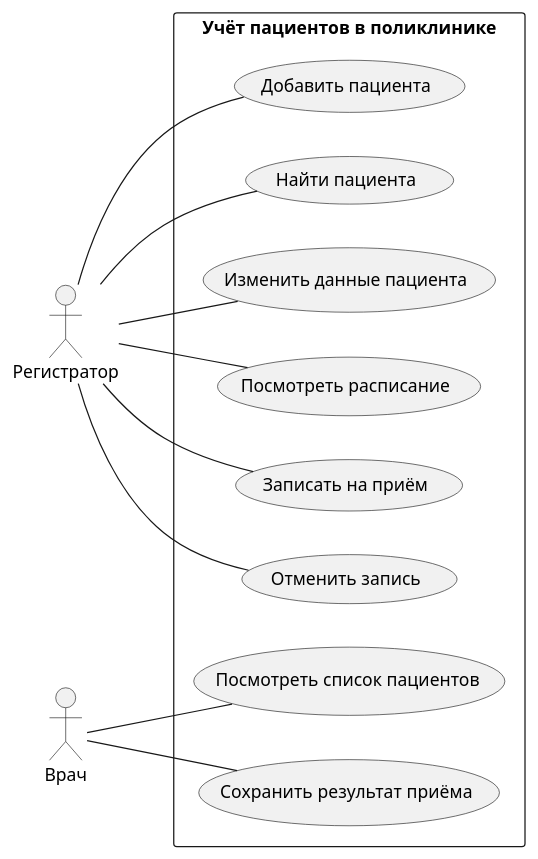
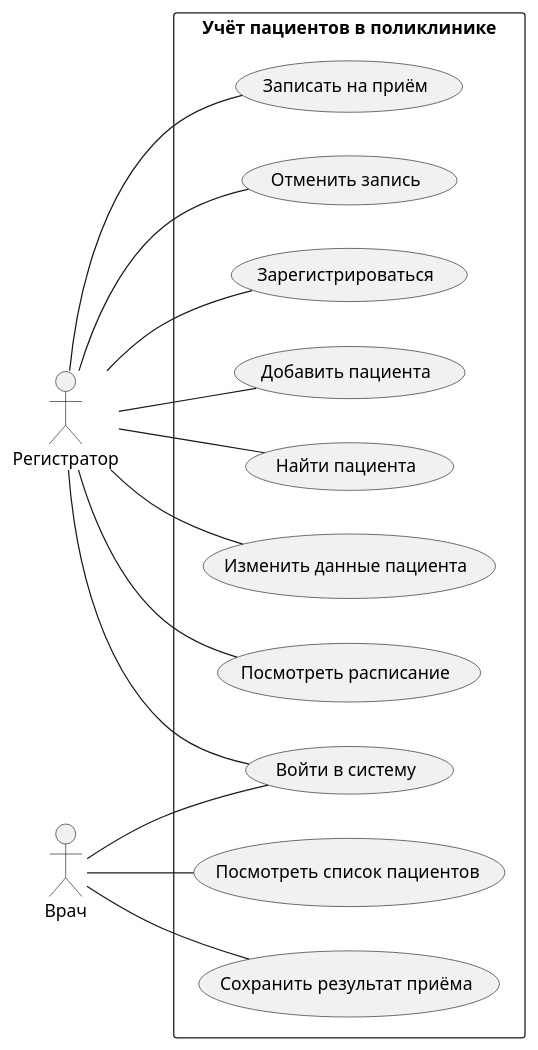
The diagram in docs/use-case.puml (paz1k/poliklinika), drawn with PlantUML before and after one commit. The commit also changed 23 other files, not shown here.

```diff
--- a/docs/use-case.puml
+++ b/docs/use-case.puml
@@ -1,26 +1,31 @@
 @startuml
 left to right direction
 
 actor "Регистратор" as R
 actor "Врач" as V
 
 rectangle "Учёт пациентов в поликлинике" {
   usecase "Добавить пациента" as A
   usecase "Найти пациента" as B
   usecase "Изменить данные пациента" as C
   usecase "Посмотреть расписание" as D
   usecase "Записать на приём" as E
   usecase "Отменить запись" as F
   usecase "Посмотреть список пациентов" as G
   usecase "Сохранить результат приёма" as H
+  usecase "Войти в систему" as I
+  usecase "Зарегистрироваться" as J
 }
 
+R -- I
+R -- J
 R -- A
 R -- B
 R -- C
 R -- D
 R -- E
 R -- F
+V -- I
 V -- G
 V -- H
 @enduml
```
